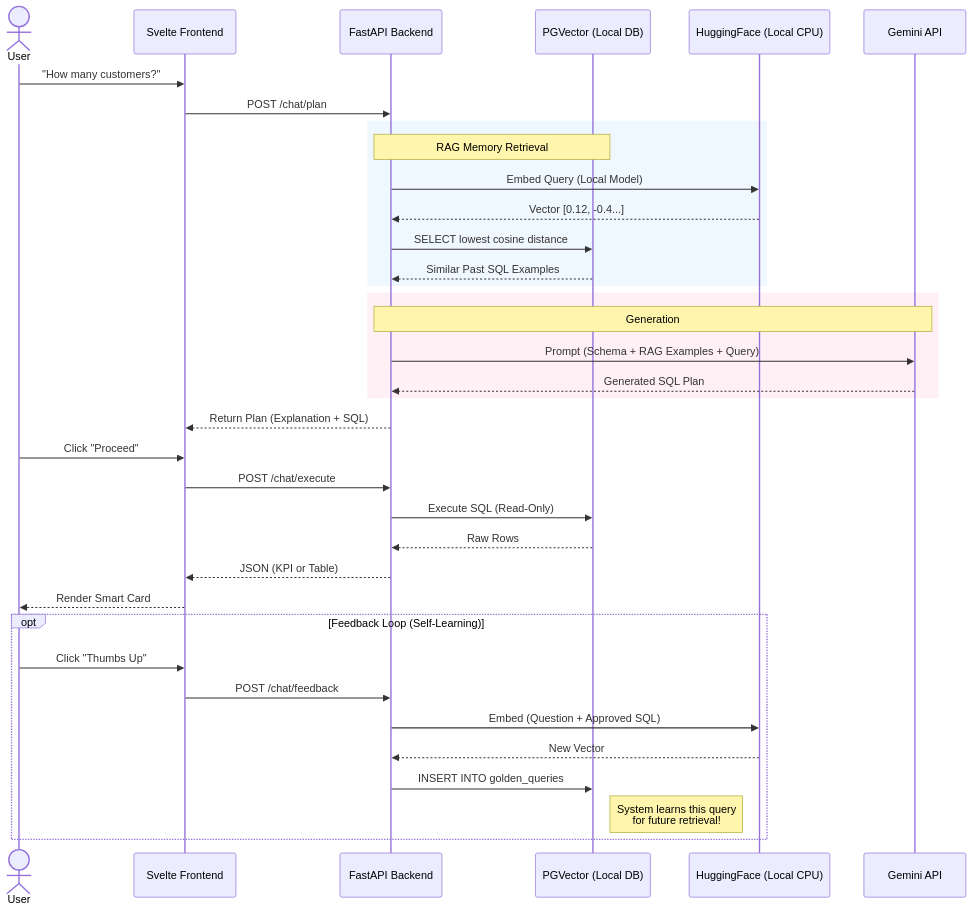
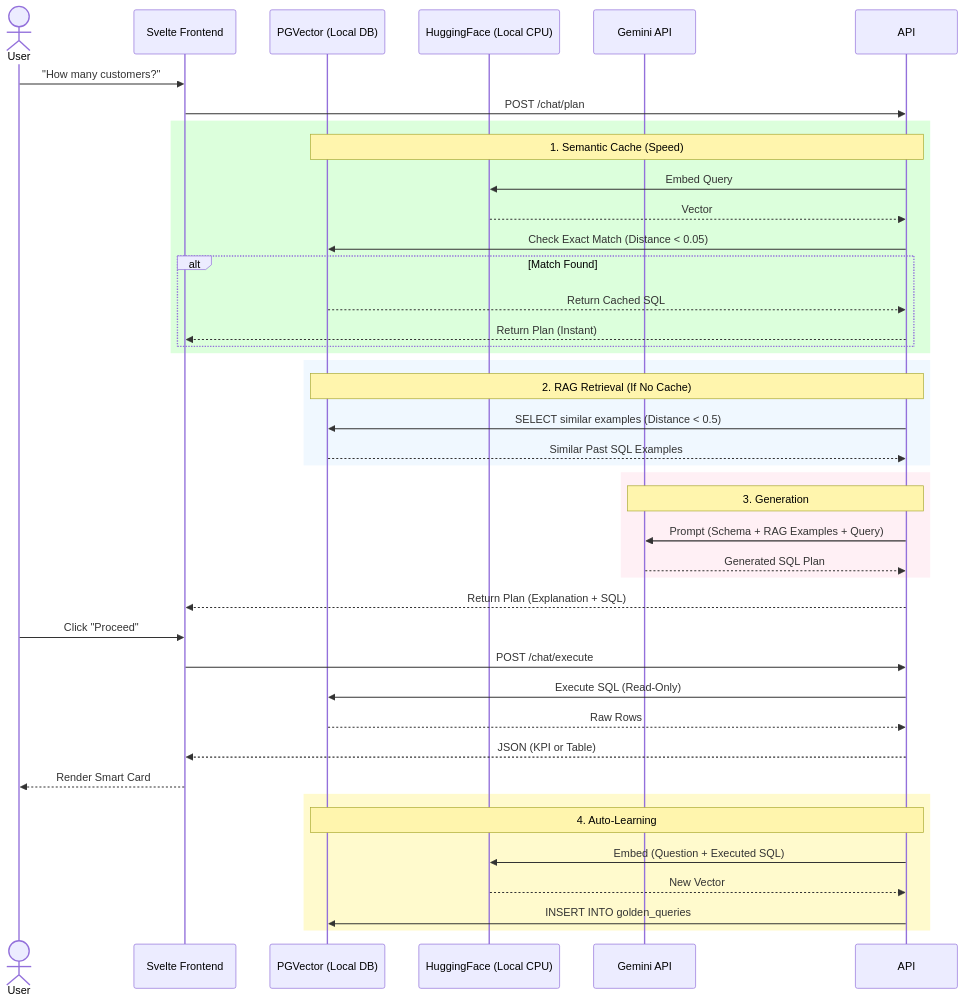
The diagram in README.md (expedite-atul/Carwash-Analytics-Bot), drawn with Mermaid before and after one commit. The commit also changed 6 other files, not shown here.

Commit message:
feat: implement semantic caching, auto-learning, and update docs

````diff
--- a/README.md
+++ b/README.md
@@ -96,44 +96,50 @@
 ```mermaid
 sequenceDiagram
     actor User
     participant UI as Svelte Frontend
-    participant API as FastAPI Backend
     participant VS as PGVector (Local DB)
     participant HF as HuggingFace (Local CPU)
     participant LLM as Gemini API
 
     User->>UI: "How many customers?"
     UI->>API: POST /chat/plan
     
+    rect rgb(220, 255, 220)
+        Note over API, VS: 1. Semantic Cache (Speed)
+        API->>HF: Embed Query
+        HF-->>API: Vector
+        API->>VS: Check Exact Match (Distance < 0.05)
+        alt Match Found
+            VS-->>API: Return Cached SQL
+            API-->>UI: Return Plan (Instant)
+        end
+    end
+
     rect rgb(240, 248, 255)
-        Note over API, VS: RAG Memory Retrieval
-        API->>HF: Embed Query (Local Model)
-        HF-->>API: Vector [0.12, -0.4...]
-        API->>VS: SELECT lowest cosine distance
+        Note over API, VS: 2. RAG Retrieval (If No Cache)
+        API->>VS: SELECT similar examples (Distance < 0.5)
         VS-->>API: Similar Past SQL Examples
     end
 
     rect rgb(255, 240, 245)
-        Note over API, LLM: Generation
+        Note over API, LLM: 3. Generation
         API->>LLM: Prompt (Schema + RAG Examples + Query)
         LLM-->>API: Generated SQL Plan
     end
 
     API-->>UI: Return Plan (Explanation + SQL)
     
     User->>UI: Click "Proceed"
     UI->>API: POST /chat/execute
     API->>VS: Execute SQL (Read-Only)
     VS-->>API: Raw Rows
     API-->>UI: JSON (KPI or Table)
     UI-->>User: Render Smart Card
 
-    opt Feedback Loop (Self-Learning)
-        User->>UI: Click "Thumbs Up"
-        UI->>API: POST /chat/feedback
-        API->>HF: Embed (Question + Approved SQL)
+    rect rgb(255, 250, 205)
+        Note over API, VS: 4. Auto-Learning
+        API->>HF: Embed (Question + Executed SQL)
         HF-->>API: New Vector
         API->>VS: INSERT INTO golden_queries
-        Note right of VS: System learns this query<br/>for future retrieval!
     end
 ```
````
